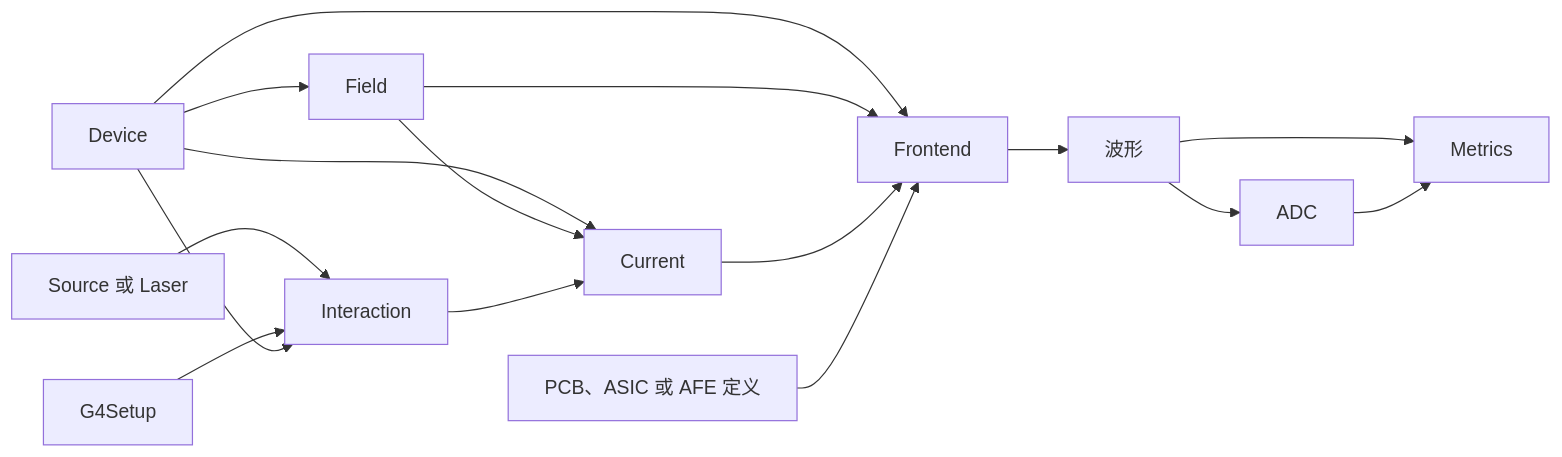
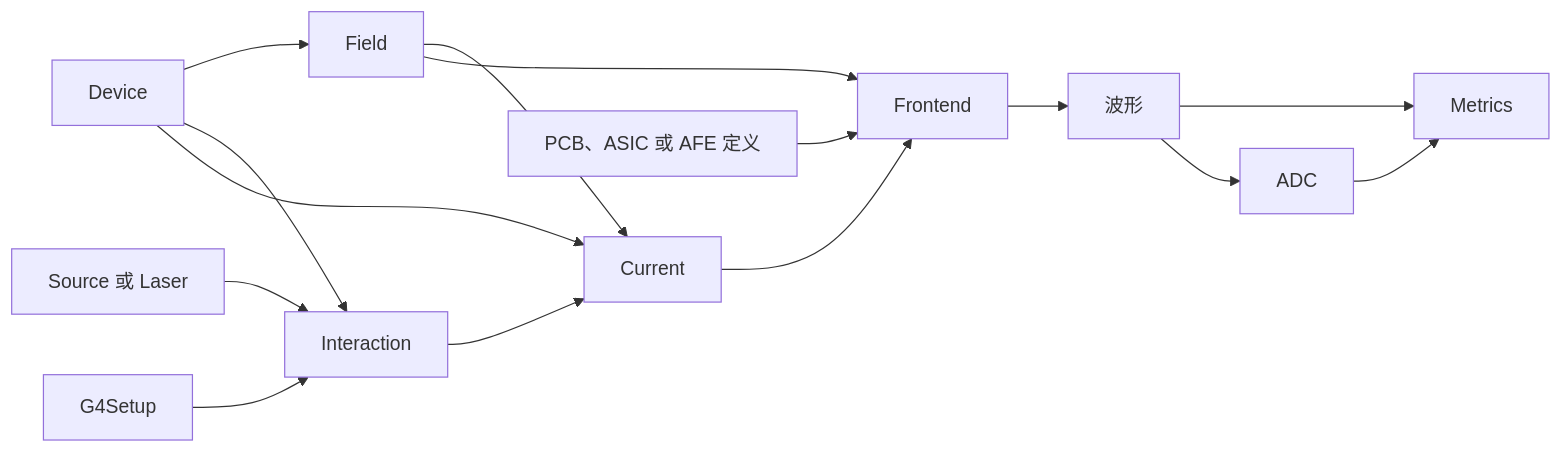
One commit to raser-team/raser changed the second of 2 diagrams in docs/cn/architecture.md. Above: the diagram before and after it, drawn with Mermaid. The commit also changed other lines of this file and 1 other file, not shown here.

Commit message:
docs(architecture): sensor electrical values come from Field
Remove the Device -> Frontend edge from the data-flow diagram. Sensor
capacitance and related values are provided by Field in principle;
custom values remain allowed.

````diff
--- a/docs/cn/architecture.md
+++ b/docs/cn/architecture.md
@@ -45,20 +45,19 @@
 ```mermaid
 flowchart LR
     source[Source 或 Laser] --> interaction[Interaction]
     g4setup[G4Setup] --> interaction
     device[Device] --> field[Field]
     device --> interaction[Interaction]
     device --> current[Current]
     field --> current
     interaction --> current
 
-    device --> frontend[Frontend]
-    field --> frontend
+    field --> frontend[Frontend]
     current --> frontend
     electronics[PCB、ASIC 或 AFE 定义] --> frontend
 
     frontend --> waveform[波形]
     waveform --> metrics[Metrics]
     waveform --> adc[ADC]
     adc --> metrics
 ```
````
